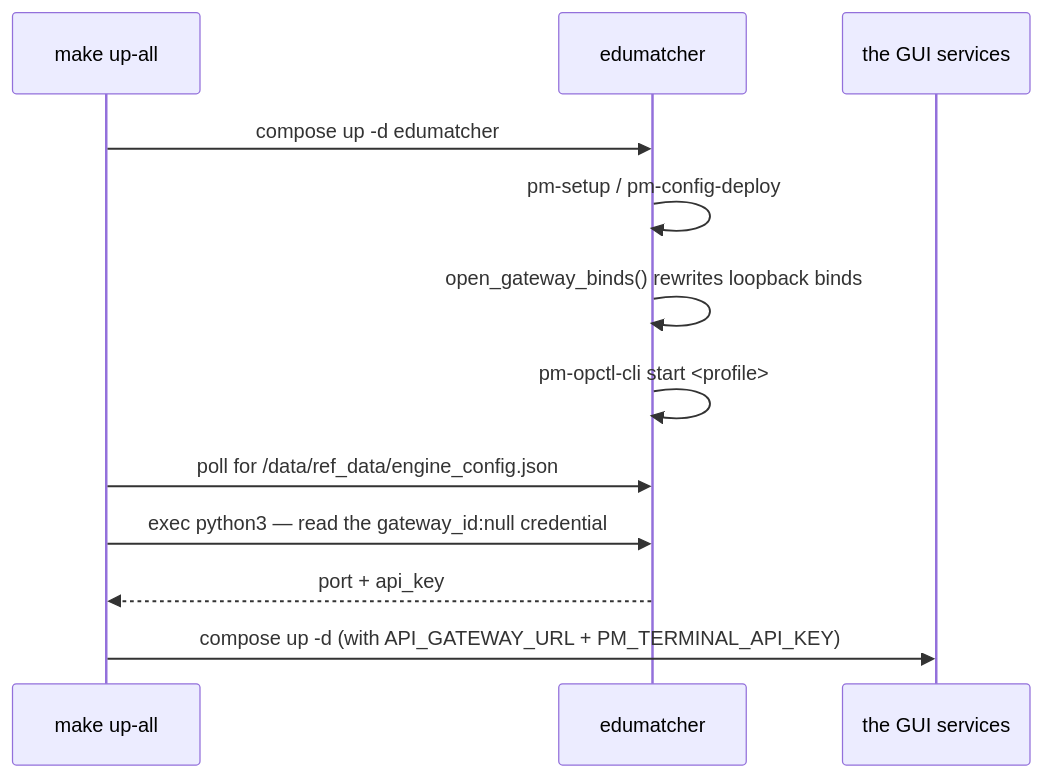
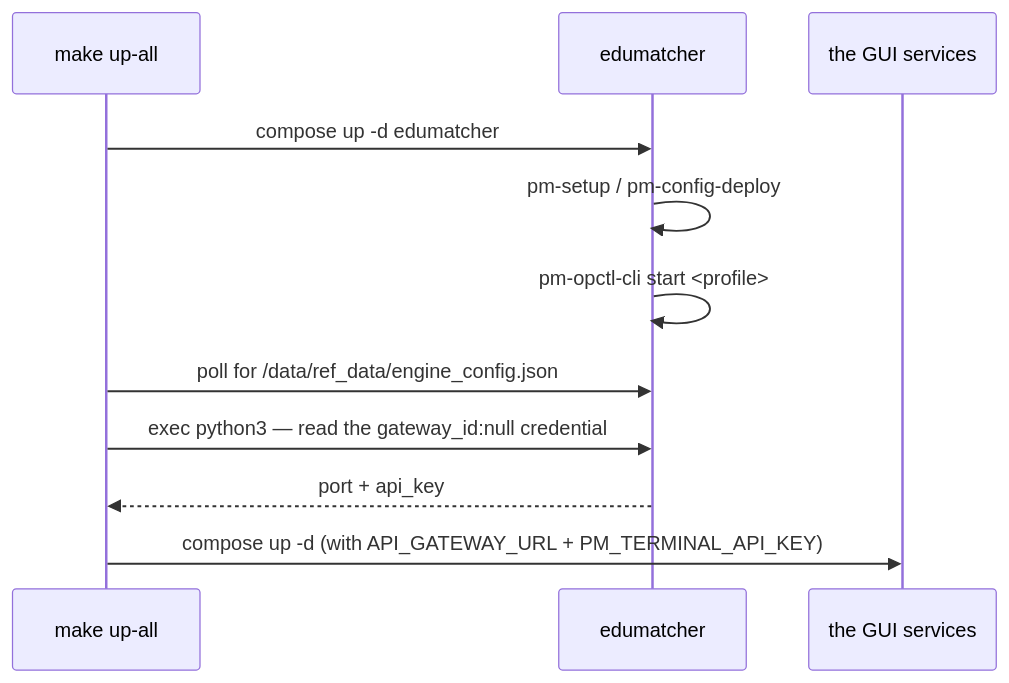
One commit to johan162/EduMatcher changed the fifth of 8 diagrams in docs/developer/07-container-and-networks.md. Above: the diagram before and after it, drawn with Mermaid. The commit also changed other lines of this file and 48 other files, not shown here.

````diff
--- a/docs/developer/07-container-and-networks.md
+++ b/docs/developer/07-container-and-networks.md
@@ -357,15 +433,14 @@
 ```mermaid
 sequenceDiagram
     participant M as make up-all
     participant B as edumatcher
     participant G as the GUI services
 
     M->>B: compose up -d edumatcher
     B->>B: pm-setup / pm-config-deploy
-    B->>B: open_gateway_binds() rewrites loopback binds
     B->>B: pm-opctl-cli start <profile>
     M->>B: poll for /data/ref_data/engine_config.json
     M->>B: exec python3 — read the gateway_id:null credential
     B-->>M: port + api_key
     M->>G: compose up -d (with API_GATEWAY_URL + PM_TERMINAL_API_KEY)
 ```
````
